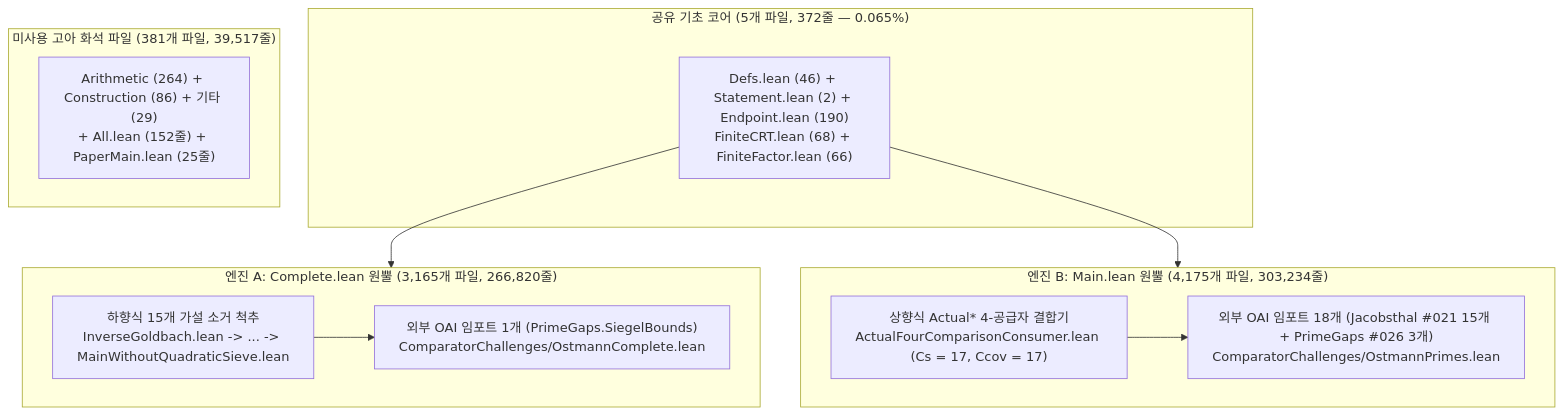
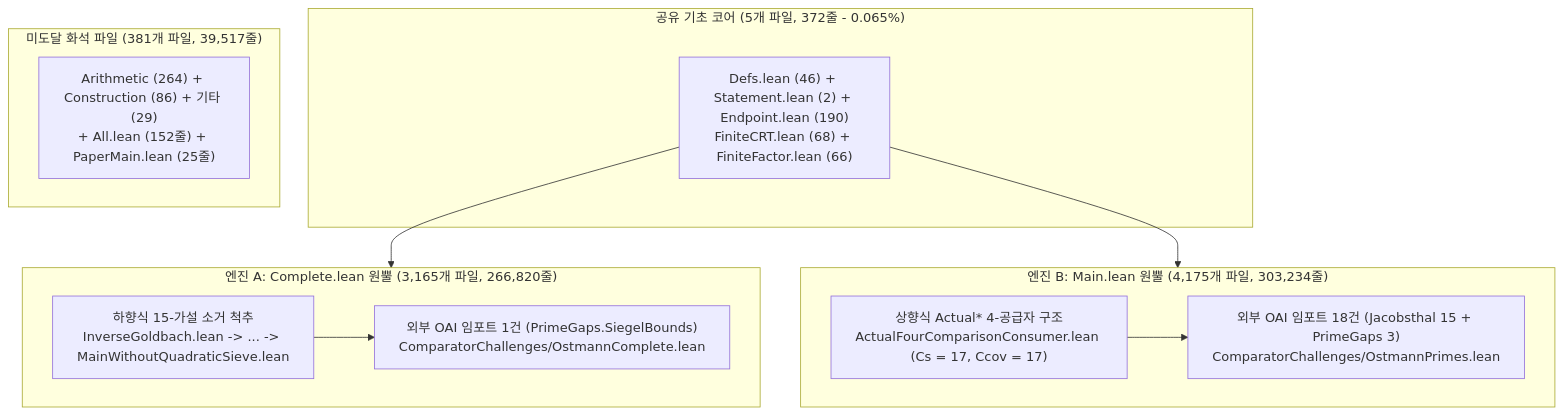
One commit to gilheumpark-bit/ultari-proof-anatomy changed the diagram in anatomy/009-openai-013-ostmann-inverse-goldbach/ko/01_Beginner_Guide.md. Above: the diagram before and after it, drawn with Mermaid. The commit also changed other lines of this file and 62 other files, not shown here.

````diff
--- a/anatomy/009-openai-013-ostmann-inverse-goldbach/ko/01_Beginner_Guide.md
+++ b/anatomy/009-openai-013-ostmann-inverse-goldbach/ko/01_Beginner_Guide.md
@@ -31,21 +25,21 @@
 ```mermaid
 flowchart TD
-    subgraph Shared["공유 기초 코어 (5개 파일, 372줄 — 0.065%)"]
+    subgraph Shared["공유 기초 코어 (5개 파일, 372줄 - 0.065%)"]
         S["Defs.lean (46) + Statement.lean (2) + Endpoint.lean (190)\nFiniteCRT.lean (68) + FiniteFactor.lean (66)"]
     end
     subgraph EngineA["엔진 A: Complete.lean 원뿔 (3,165개 파일, 266,820줄)"]
-        A1["하향식 15개 가설 소거 척추\nInverseGoldbach.lean -> ... -> MainWithoutQuadraticSieve.lean"]
-        A2["외부 OAI 임포트 1개 (PrimeGaps.SiegelBounds)\nComparatorChallenges/OstmannComplete.lean"]
+        A1["하향식 15-가설 소거 척추\nInverseGoldbach.lean -> ... -> MainWithoutQuadraticSieve.lean"]
+        A2["외부 OAI 임포트 1건 (PrimeGaps.SiegelBounds)\nComparatorChallenges/OstmannComplete.lean"]
         A1 --> A2
     end
     subgraph EngineB["엔진 B: Main.lean 원뿔 (4,175개 파일, 303,234줄)"]
-        B1["상향식 Actual* 4-공급자 결합기\nActualFourComparisonConsumer.lean (Cs = 17, Ccov = 17)"]
-        B2["외부 OAI 임포트 18개 (Jacobsthal #021 15개 + PrimeGaps #026 3개)\nComparatorChallenges/OstmannPrimes.lean"]
+        B1["상향식 Actual* 4-공급자 구조\nActualFourComparisonConsumer.lean (Cs = 17, Ccov = 17)"]
+        B2["외부 OAI 임포트 18건 (Jacobsthal 15 + PrimeGaps 3)\nComparatorChallenges/OstmannPrimes.lean"]
         B1 --> B2
     end
-    subgraph Orphans["미사용 고아 화석 파일 (381개 파일, 39,517줄)"]
+    subgraph Orphans["미도달 화석 파일 (381개 파일, 39,517줄)"]
         O1["Arithmetic (264) + Construction (86) + 기타 (29)\n+ All.lean (152줄) + PaperMain.lean (25줄)"]
     end
     S --> EngineA
     S --> EngineB
 ```
````
